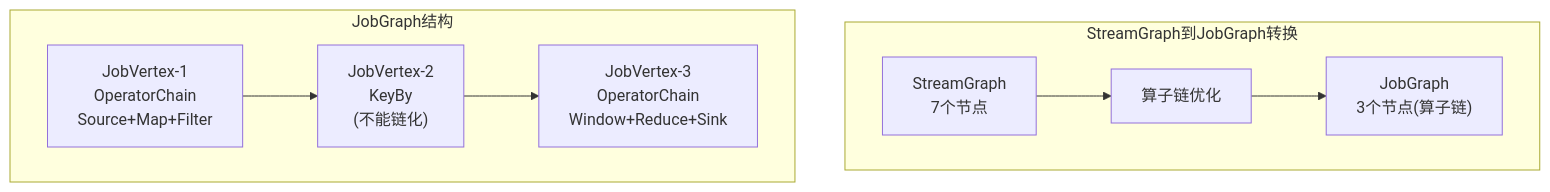
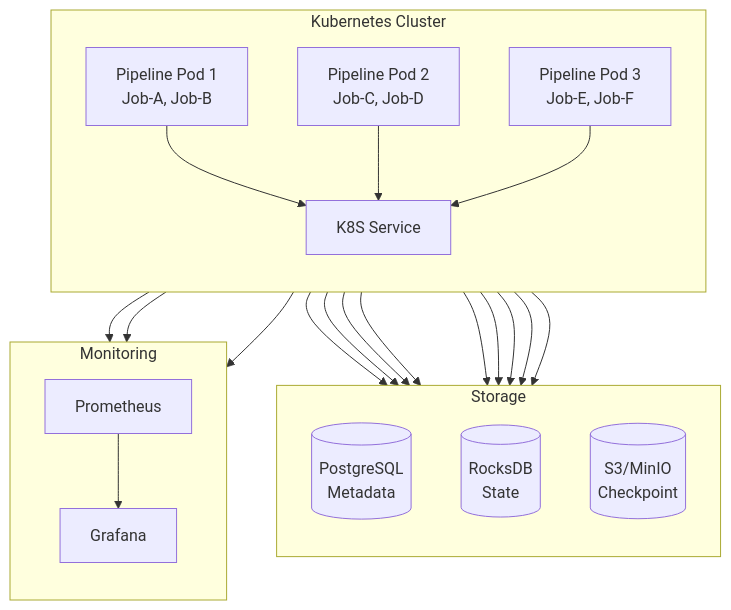
Before and after one commit to 312268112/advanced-java: the sixth of 6 diagrams in pipeline-framework-design.md, drawn with Mermaid. The commit also changed other lines of this file, not shown here.

Commit message:
Refactor: Update pipeline framework design document

````diff
--- a/pipeline-framework-design.md
+++ b/pipeline-framework-design.md
@@ -594,19 +734,46 @@
 ```mermaid
 graph TB
-    subgraph "StreamGraph到JobGraph转换"
-        SG["StreamGraph<br/>7个节点"]
-        JG["JobGraph<br/>3个节点(算子链)"]
+    subgraph K8S["Kubernetes Cluster"]
+        direction TB
+        Pod1["Pipeline Pod 1<br/>Job-A, Job-B"]
+        Pod2["Pipeline Pod 2<br/>Job-C, Job-D"]
+        Pod3["Pipeline Pod 3<br/>Job-E, Job-F"]
         
-        SG --> Optimize[算子链优化]
-        Optimize --> JG
+        Service["K8S Service"]
     end
     
-    subgraph "JobGraph结构"
-        Chain1["JobVertex-1<br/>OperatorChain<br/>Source+Map+Filter"]
-        Vertex2["JobVertex-2<br/>KeyBy<br/>(不能链化)"]
-        Chain2["JobVertex-3<br/>OperatorChain<br/>Window+Reduce+Sink"]
-        
-        Chain1 --> Vertex2
-        Vertex2 --> Chain2
+    subgraph Storage["Storage"]
+        direction TB
+        PG[("PostgreSQL<br/>Metadata")]
+        RDB[("RocksDB<br/>State")]
+        S3[("S3/MinIO<br/>Checkpoint")]
     end
+    
+    subgraph Monitor["Monitoring"]
+        direction TB
+        Prom["Prometheus"]
+        Graf["Grafana"]
+    end
+    
+    Pod1 --> Service
+    Pod2 --> Service
+    Pod3 --> Service
+    
+    Pod1 --> PG
+    Pod1 --> RDB
+    Pod1 --> S3
+    
+    Pod2 --> PG
+    Pod2 --> RDB
+    Pod2 --> S3
+    
+    Pod3 --> PG
+    Pod3 --> RDB
+    Pod3 --> S3
+    
+    Pod1 --> Prom
+    Pod2 --> Prom
+    Pod3 --> Prom
+    
+    Prom --> Graf
 ```
````
